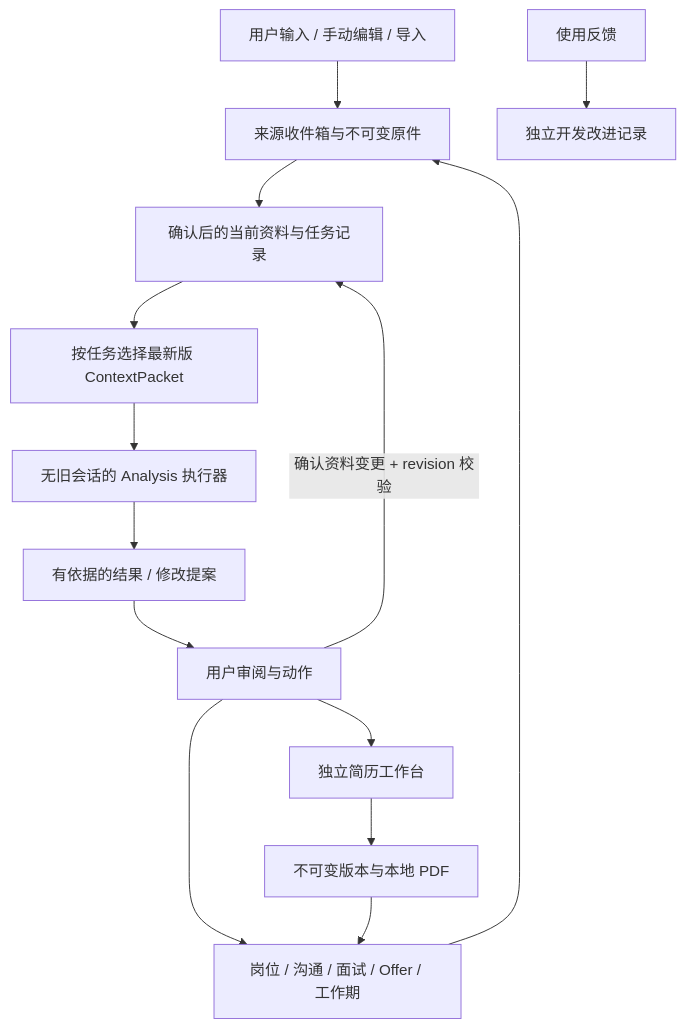
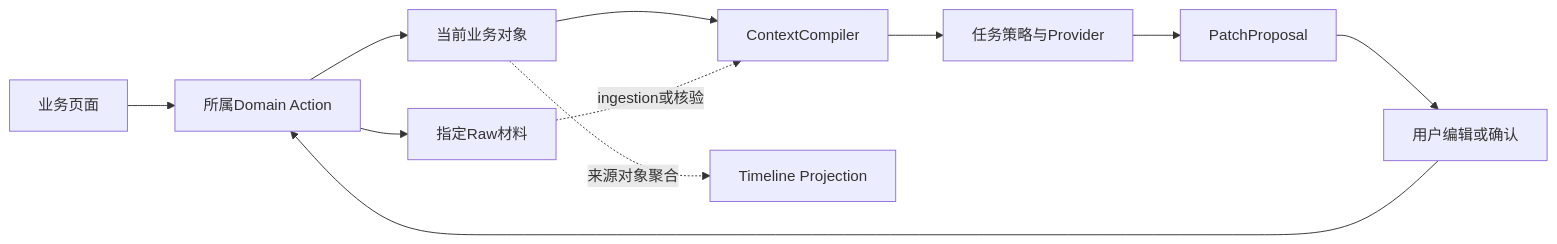
Before and after one commit to frog-716/Career: the diagram in docs/03-architecture.md, drawn with Mermaid. The commit also changed other lines of this file and 28 other files, not shown here.

````diff
--- a/docs/03-architecture.md
+++ b/docs/03-architecture.md
@@ -94,16 +73,13 @@
 ```mermaid
-flowchart TD
-  U[用户输入 / 手动编辑 / 导入] --> I[来源收件箱与不可变原件]
-  I --> C[确认后的当前资料与任务记录]
-  C --> P[按任务选择最新版 ContextPacket]
-  P --> A[无旧会话的 Analysis 执行器]
-  A --> R[有依据的结果 / 修改提案]
-  R --> H[用户审阅与动作]
-  H --> J[岗位 / 沟通 / 面试 / Offer / 工作期]
-  H --> E[独立简历工作台]
-  E --> V[不可变版本与本地 PDF]
-  V --> J
-  J --> I
-  H -->|确认资料变更 + revision 校验| C
-  F[使用反馈] --> D[独立开发改进记录]
+flowchart LR
+  UI[业务页面] --> ACTION[所属Domain Action]
+  ACTION --> CURRENT[当前业务对象]
+  ACTION --> RAW[指定Raw材料]
+  CURRENT --> COMP[ContextCompiler]
+  RAW -. ingestion或核验 .-> COMP
+  COMP --> SKILL[任务策略与Provider]
+  SKILL --> PATCH[PatchProposal]
+  PATCH --> USER[用户编辑或确认]
+  USER --> ACTION
+  CURRENT -. 来源对象聚合 .-> TL[Timeline Projection]
 ```
````
